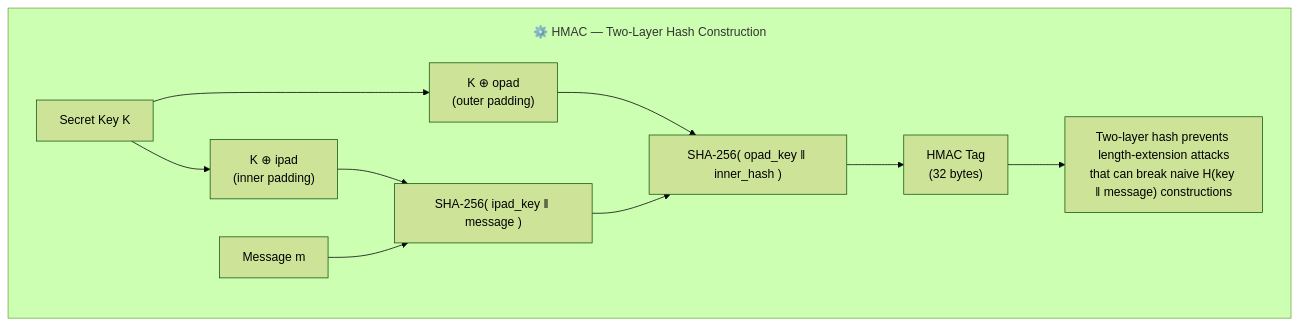
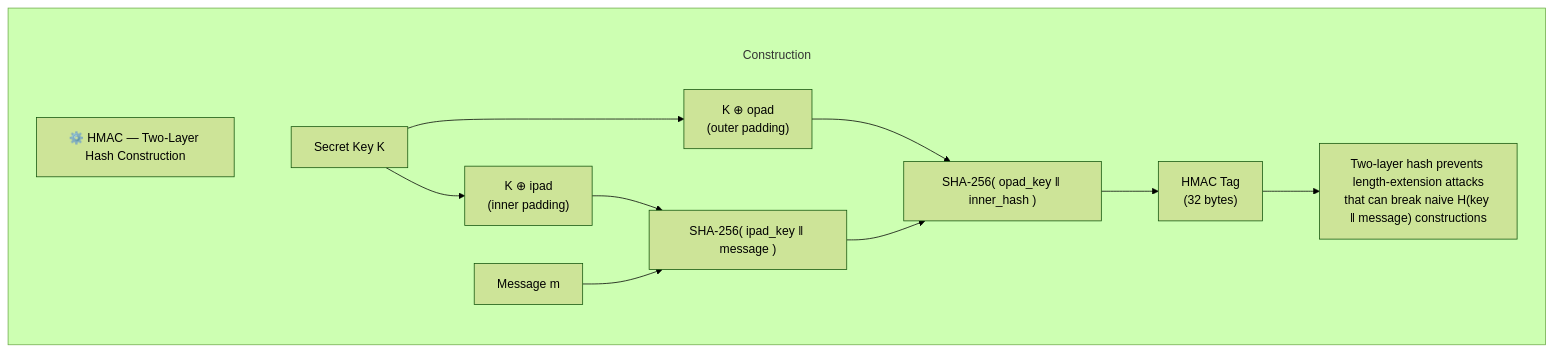
One commit to csoares/SecurityJava changed the second of 4 diagrams in src/main/java/security/mac/README.md. Above: the diagram before and after it, drawn with Mermaid (forest theme). The commit also changed other lines of this file and 11 other files, not shown here.

Commit message:
Fix Mermaid subgraph title overlap by moving labels into title nodes Replace subgraph label syntax (which overlaps first node) with explicit title nodes inside each subgraph, connected via invisible edges (~~~). Also increase subGraphTitleMargin top padding from 20 to 50 for extra space.

````diff
--- a/src/main/java/security/mac/README.md
+++ b/src/main/java/security/mac/README.md
@@ -35,18 +35,20 @@
 ```mermaid
-%%{init: {'flowchart': {'subGraphTitleMargin': {'top': 20, 'bottom': 5}}}}%%
+%%{init: {'flowchart': {'subGraphTitleMargin': {'top': 50, 'bottom': 10}}}}%%
 flowchart TD
-    subgraph Construction ["⚙️ HMAC — Two-Layer Hash Construction"]
+    subgraph Construction
+        T_Construction["⚙️ HMAC — Two-Layer Hash Construction"]
+        T_Construction ~~~ K
         K["Secret Key K"]
         M["Message m"]
         IPAD["K ⊕ ipad<br/>(inner padding)"]
         OPAD["K ⊕ opad<br/>(outer padding)"]
         H1["SHA-256( ipad_key ‖ message )"]
         H2["SHA-256( opad_key ‖ inner_hash )"]
         TAG["HMAC Tag<br/>(32 bytes)"]
         K --> IPAD --> H1
         M --> H1
         K --> OPAD --> H2
         H1 --> H2 --> TAG
         TAG --> NOTE["Two-layer hash prevents length-extension attacks<br/>that can break naive H(key ‖ message) constructions"]
     end
 ```
````
